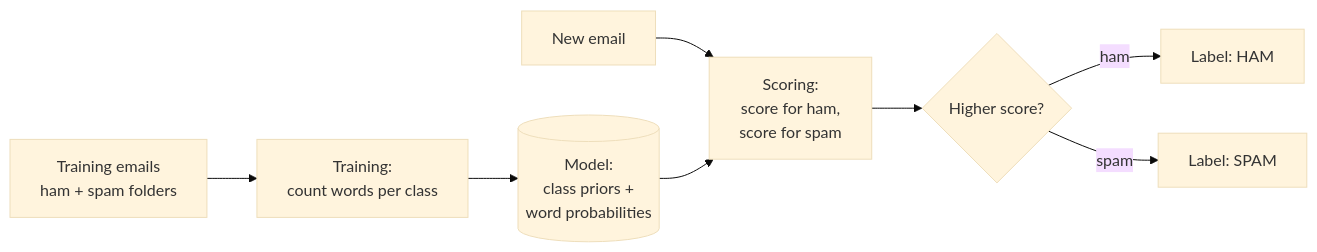
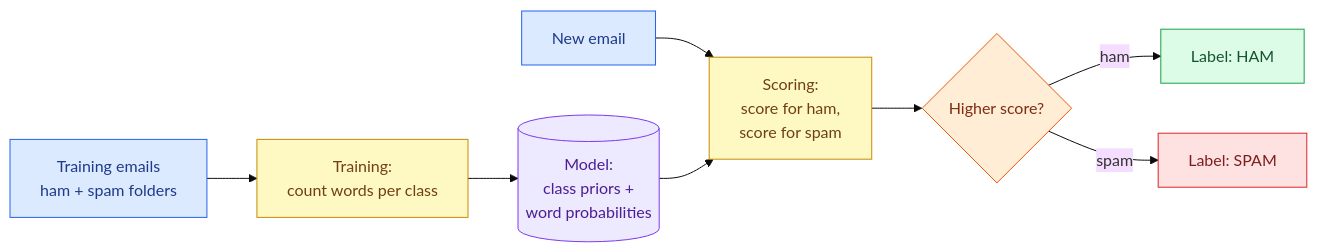
Before and after one commit to mohanakrishnavh/naive-bayes: the first of 3 diagrams in ALGORITHM.md, drawn with Mermaid (base theme). The commit also changed other lines of this file, not shown here.

Commit message:
Add colour styling to Mermaid diagrams

````diff
--- a/ALGORITHM.md
+++ b/ALGORITHM.md
@@ -11,10 +11,22 @@
 ```mermaid
 flowchart LR
     A[Training emails<br/>ham + spam folders] --> B[Training:<br/>count words per class]
     B --> C[(Model:<br/>class priors +<br/>word probabilities)]
     D[New email] --> E[Scoring:<br/>score for ham,<br/>score for spam]
     C --> E
     E --> F{Higher score?}
     F -->|ham| G[Label: HAM]
     F -->|spam| H[Label: SPAM]
+    class A,D data
+    class B,E step
+    class C model
+    class F decision
+    class G ham
+    class H spam
+    classDef data fill:#dbeafe,stroke:#2563eb,color:#1e3a8a
+    classDef step fill:#fef9c3,stroke:#ca8a04,color:#713f12
+    classDef model fill:#ede9fe,stroke:#7c3aed,color:#4c1d95
+    classDef decision fill:#ffedd5,stroke:#ea580c,color:#7c2d12
+    classDef ham fill:#dcfce7,stroke:#16a34a,color:#14532d
+    classDef spam fill:#fee2e2,stroke:#dc2626,color:#7f1d1d
 ```
````
